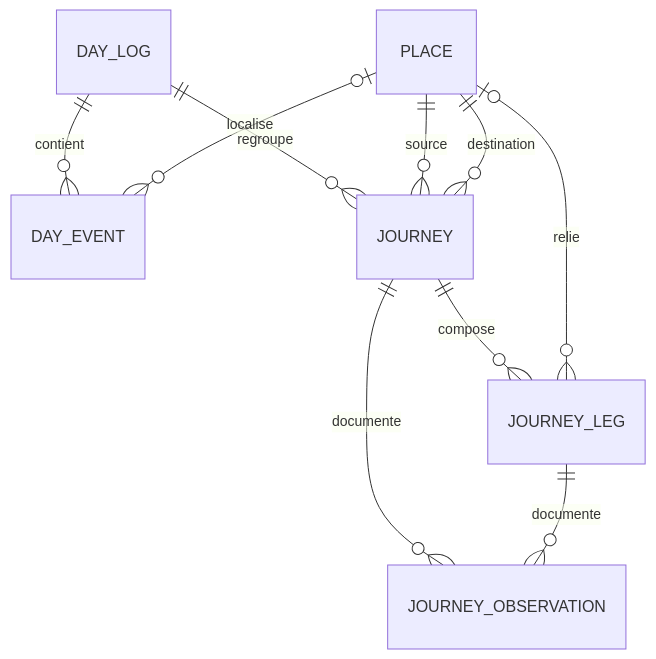
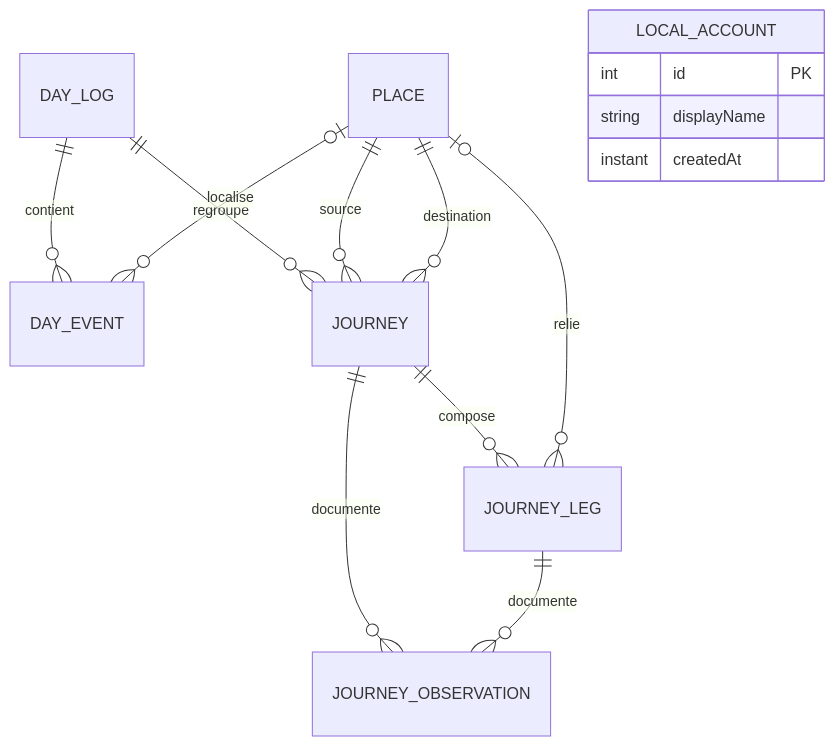
The diagram in README.md (MasirikaConstantin/itineraire), drawn with Mermaid before and after one commit. The commit also changed other lines of this file and 7 other files, not shown here.

````diff
--- a/README.md
+++ b/README.md
@@ -49,12 +50,17 @@
 ```mermaid
 erDiagram
     DAY_LOG ||--o{ DAY_EVENT : contient
     DAY_LOG ||--o{ JOURNEY : regroupe
     PLACE o|--o{ DAY_EVENT : localise
     PLACE ||--o{ JOURNEY : source
     PLACE ||--o{ JOURNEY : destination
     JOURNEY ||--o{ JOURNEY_LEG : compose
     JOURNEY ||--o{ JOURNEY_OBSERVATION : documente
     JOURNEY_LEG ||--o{ JOURNEY_OBSERVATION : documente
     PLACE o|--o{ JOURNEY_LEG : relie
+    LOCAL_ACCOUNT {
+        int id PK
+        string displayName
+        instant createdAt
+    }
 ```
````
